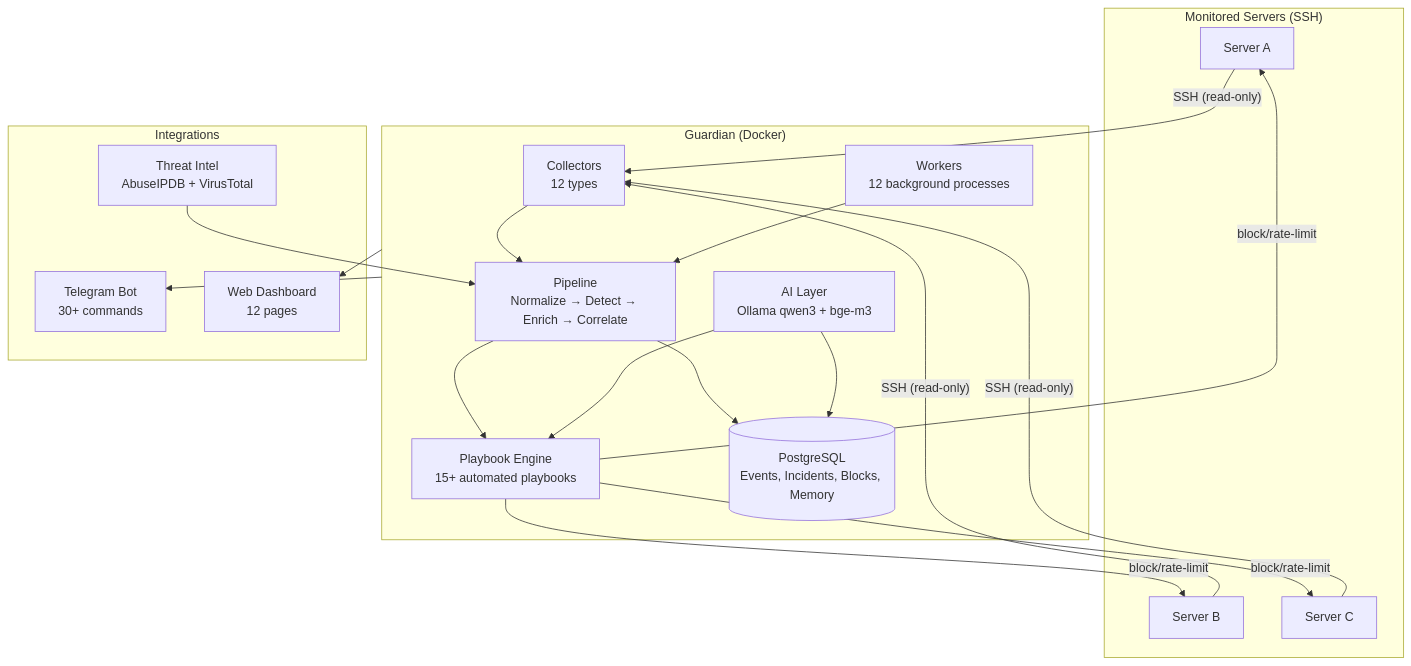
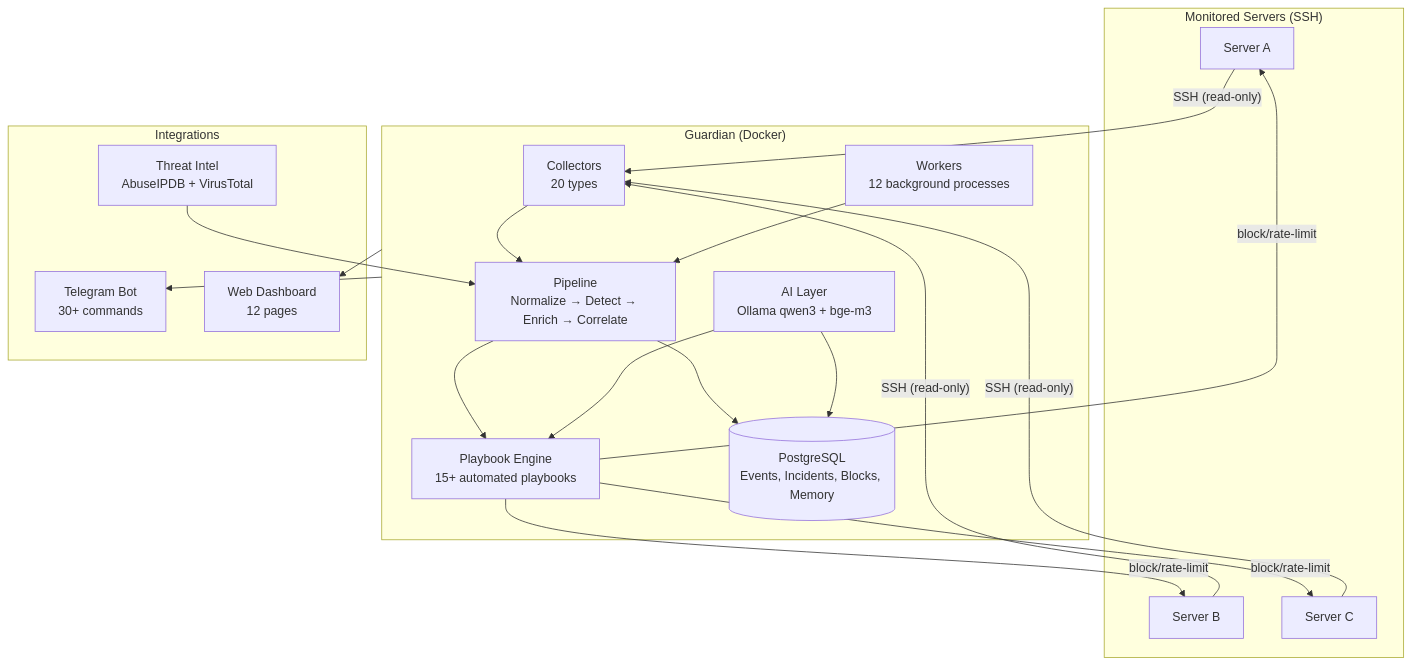
The second of 8 diagrams in README.md (afborda/guardian-blue-team), drawn with Mermaid before and after one commit. The commit also changed other lines of this file and 44 other files, not shown here.

````diff
--- a/README.md
+++ b/README.md
@@ -95,33 +98,33 @@
 ```mermaid
 graph TB
     subgraph Servers["Monitored Servers (SSH)"]
         S1[Server A]
         S2[Server B]
         S3[Server C]
     end
 
     subgraph Guardian["Guardian (Docker)"]
-        COLLECT[Collectors\n12 types]
+        COLLECT[Collectors\n20 types]
         PIPE[Pipeline\nNormalize → Detect → Enrich → Correlate]
         ENGINE[Playbook Engine\n15+ automated playbooks]
         AI_LAYER[AI Layer\nOllama qwen3 + bge-m3]
         DB[(PostgreSQL\nEvents, Incidents, Blocks, Memory)]
         WORKERS[Workers\n12 background processes]
     end
 
     subgraph External["Integrations"]
         TG[Telegram Bot\n30+ commands]
         DASH[Web Dashboard\n12 pages]
         INTEL[Threat Intel\nAbuseIPDB + VirusTotal]
     end
 
     S1 & S2 & S3 -->|"SSH (read-only)"| COLLECT
     COLLECT --> PIPE --> ENGINE
     ENGINE -->|"block/rate-limit"| S1 & S2 & S3
     PIPE --> DB
     AI_LAYER --> ENGINE
     AI_LAYER --> DB
     WORKERS --> PIPE
     Guardian --> TG & DASH
     INTEL --> PIPE
 ```
````
